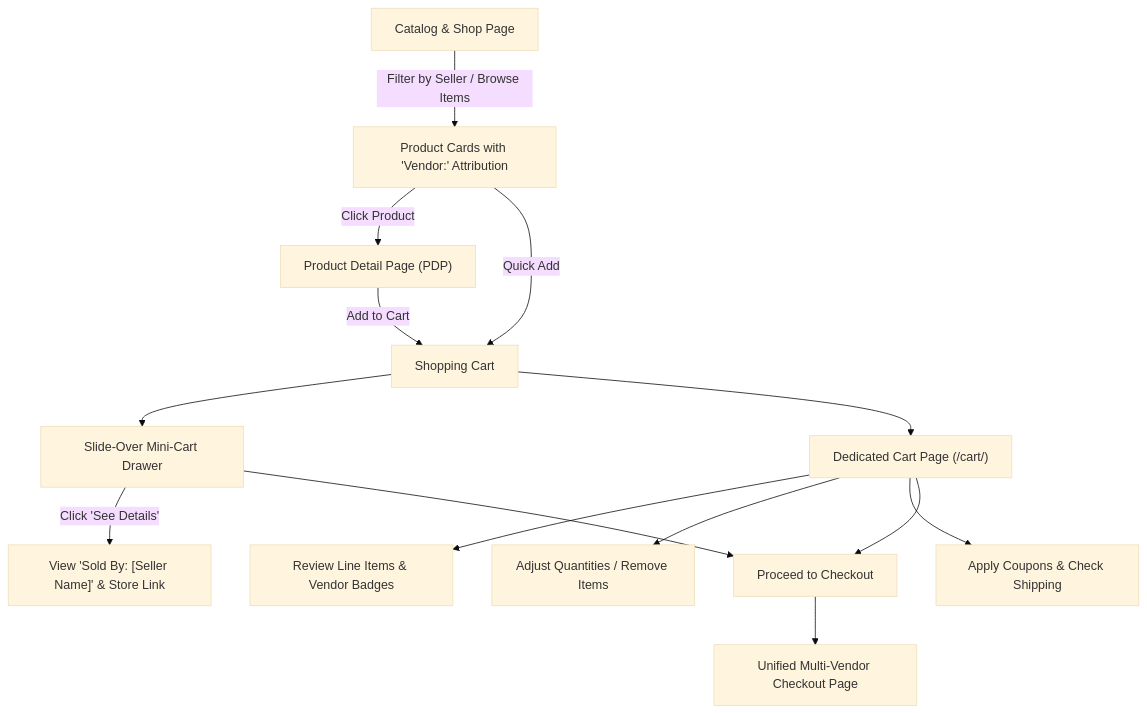
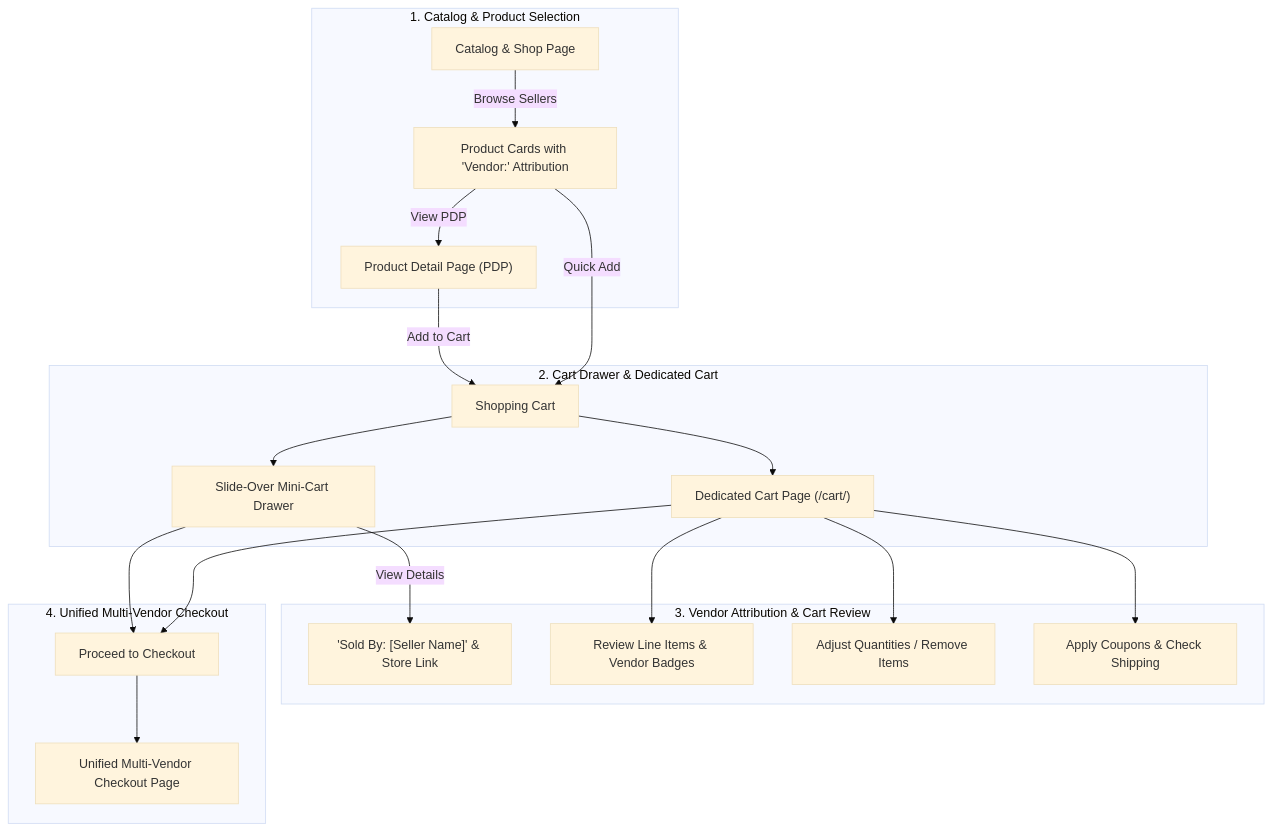
The diagram in woocommerce-marketplace/documentation/customer-multi-vendor-cart.html.md (webkul/wordpress-docs), drawn with Mermaid (base theme) before and after one commit. The commit also changed 353 other files, not shown here.

````diff
--- a/woocommerce-marketplace/documentation/customer-multi-vendor-cart.html.md
+++ b/woocommerce-marketplace/documentation/customer-multi-vendor-cart.html.md
@@ -20,16 +20,45 @@
 ```mermaid
 flowchart TD
-    A["Catalog & Shop Page"] -->|"Filter by Seller / Browse Items"| B["Product Cards with 'Vendor:' Attribution"]
-    B -->|"Click Product"| C["Product Detail Page (PDP)"]
-    B -->|"Quick Add"| D["Shopping Cart"]
+    subgraph Discovery ["1. Catalog & Product Selection"]
+        A["Catalog & Shop Page"]
+        B["Product Cards with 'Vendor:' Attribution"]
+        C["Product Detail Page (PDP)"]
+    end
+
+    subgraph CartManagement ["2. Cart Drawer & Dedicated Cart"]
+        D["Shopping Cart"]
+        E["Slide-Over Mini-Cart Drawer"]
+        F["Dedicated Cart Page (/cart/)"]
+    end
+
+    subgraph LineItemInspection ["3. Vendor Attribution & Cart Review"]
+        G["'Sold By: [Seller Name]' & Store Link"]
+        H["Review Line Items & Vendor Badges"]
+        I["Adjust Quantities / Remove Items"]
+        J["Apply Coupons & Check Shipping"]
+    end
+
+    subgraph CheckoutFlow ["4. Unified Multi-Vendor Checkout"]
+        K["Proceed to Checkout"]
+        L["Unified Multi-Vendor Checkout Page"]
+    end
+
+    A -->|"Browse Sellers"| B
+    B -->|"View PDP"| C
+    B -->|"Quick Add"| D
     C -->|"Add to Cart"| D
-    D --> E["Slide-Over Mini-Cart Drawer"]
-    D --> F["Dedicated Cart Page (/cart/)"]
-    E -->|"Click 'See Details'"| G["View 'Sold By: [Seller Name]' & Store Link"]
-    F --> H["Review Line Items & Vendor Badges"]
-    F --> I["Adjust Quantities / Remove Items"]
-    F --> J["Apply Coupons & Check Shipping"]
-    F --> K["Proceed to Checkout"]
+    D --> E
+    D --> F
+    E -->|"View Details"| G
+    F --> H
+    F --> I
+    F --> J
+    F --> K
     E --> K
-    K --> L["Unified Multi-Vendor Checkout Page"]
+    K --> L
+
+    class A,B,C entry;
+    class D,E,F filter;
+    class G,H,I,J grid;
+    class K,L dest;
 ```
````
